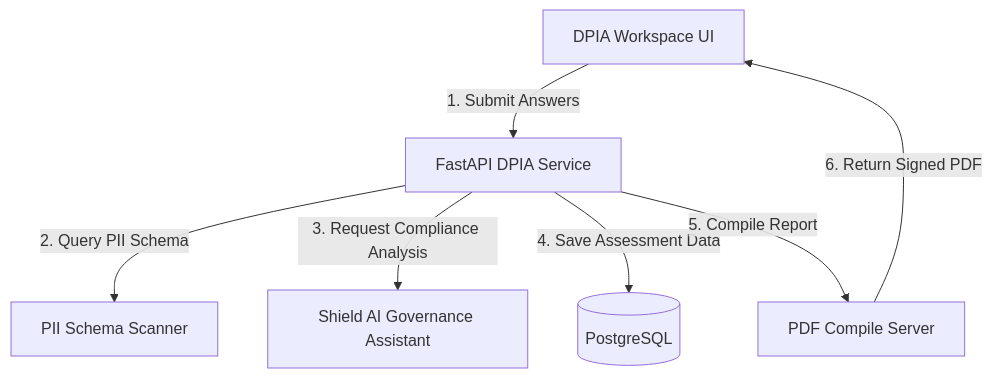
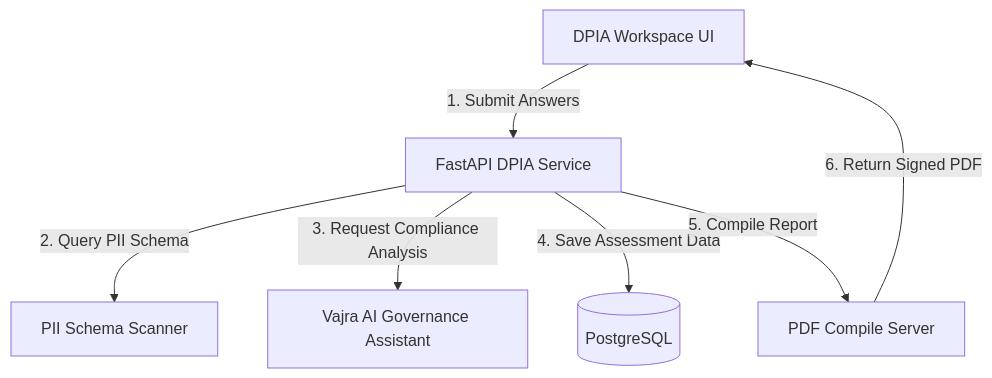
Before and after one commit to shreyv7/hack: the first of 4 diagrams in docs/Governance/dpia_module.md, drawn with Mermaid. The commit also changed other lines of this file and 345 other files, not shown here.

````diff
--- a/docs/Governance/dpia_module.md
+++ b/docs/Governance/dpia_module.md
@@ -22,9 +22,9 @@
 ```mermaid
 graph TD
     UI[DPIA Workspace UI] -->|1. Submit Answers| BE[FastAPI DPIA Service]
     BE -->|2. Query PII Schema| Scan[PII Schema Scanner]
-    BE -->|3. Request Compliance Analysis| AI[Shield AI Governance Assistant]
+    BE -->|3. Request Compliance Analysis| AI[Vajra AI Governance Assistant]
     BE -->|4. Save Assessment Data| DB[(PostgreSQL)]
     BE -->|5. Compile Report| PDF[PDF Compile Server]
     PDF -->|6. Return Signed PDF| UI
 ```
````
